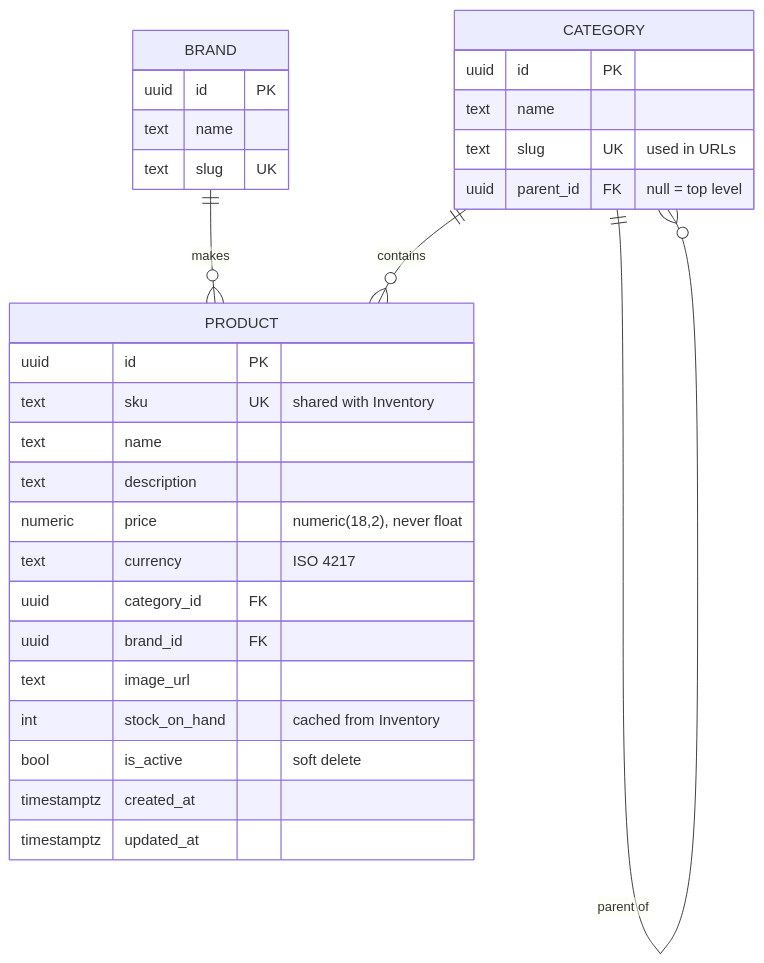
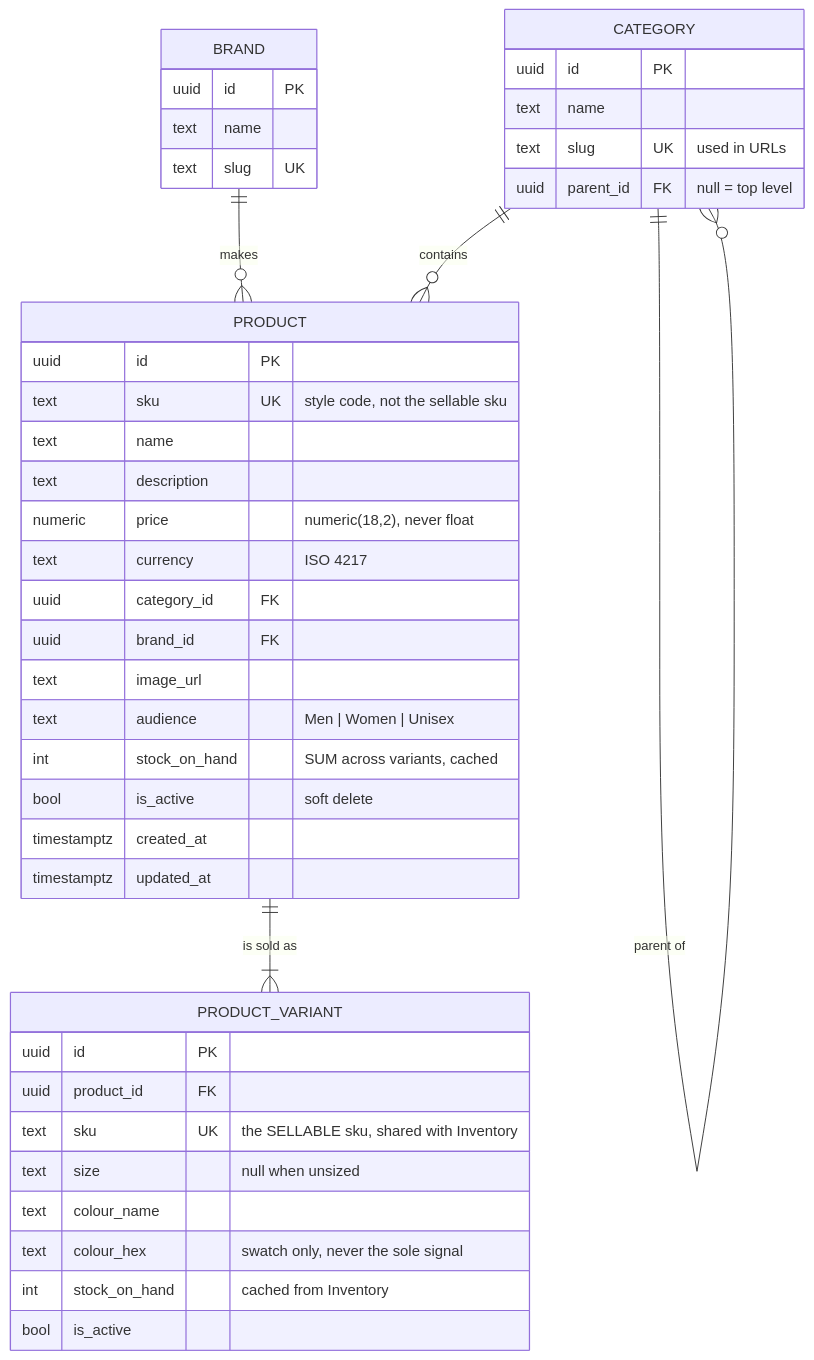
The diagram in docs/services/catalog.md (rakshins10/E-Commerce), drawn with Mermaid before and after one commit. The commit also changed other lines of this file and 4 other files, not shown here.

````diff
--- a/docs/services/catalog.md
+++ b/docs/services/catalog.md
@@ -41,33 +41,45 @@
 ```mermaid
 erDiagram
     CATEGORY ||--o{ PRODUCT : contains
     CATEGORY ||--o{ CATEGORY : "parent of"
     BRAND    ||--o{ PRODUCT : makes
+    PRODUCT  ||--|{ PRODUCT_VARIANT : "is sold as"
 
     PRODUCT {
         uuid    id PK
-        text    sku UK "shared with Inventory"
+        text    sku UK "style code, not the sellable sku"
         text    name
         text    description
         numeric price "numeric(18,2), never float"
         text    currency "ISO 4217"
         uuid    category_id FK
         uuid    brand_id FK
         text    image_url
-        int     stock_on_hand "cached from Inventory"
+        text    audience "Men | Women | Unisex"
+        int     stock_on_hand "SUM across variants, cached"
         bool    is_active "soft delete"
         timestamptz created_at
         timestamptz updated_at
+    }
+    PRODUCT_VARIANT {
+        uuid    id PK
+        uuid    product_id FK
+        text    sku UK "the SELLABLE sku, shared with Inventory"
+        text    size "null when unsized"
+        text    colour_name
+        text    colour_hex "swatch only, never the sole signal"
+        int     stock_on_hand "cached from Inventory"
+        bool    is_active
     }
     CATEGORY {
         uuid id PK
         text name
         text slug UK "used in URLs"
         uuid parent_id FK "null = top level"
     }
     BRAND {
         uuid id PK
         text name
         text slug UK
     }
 ```
````
